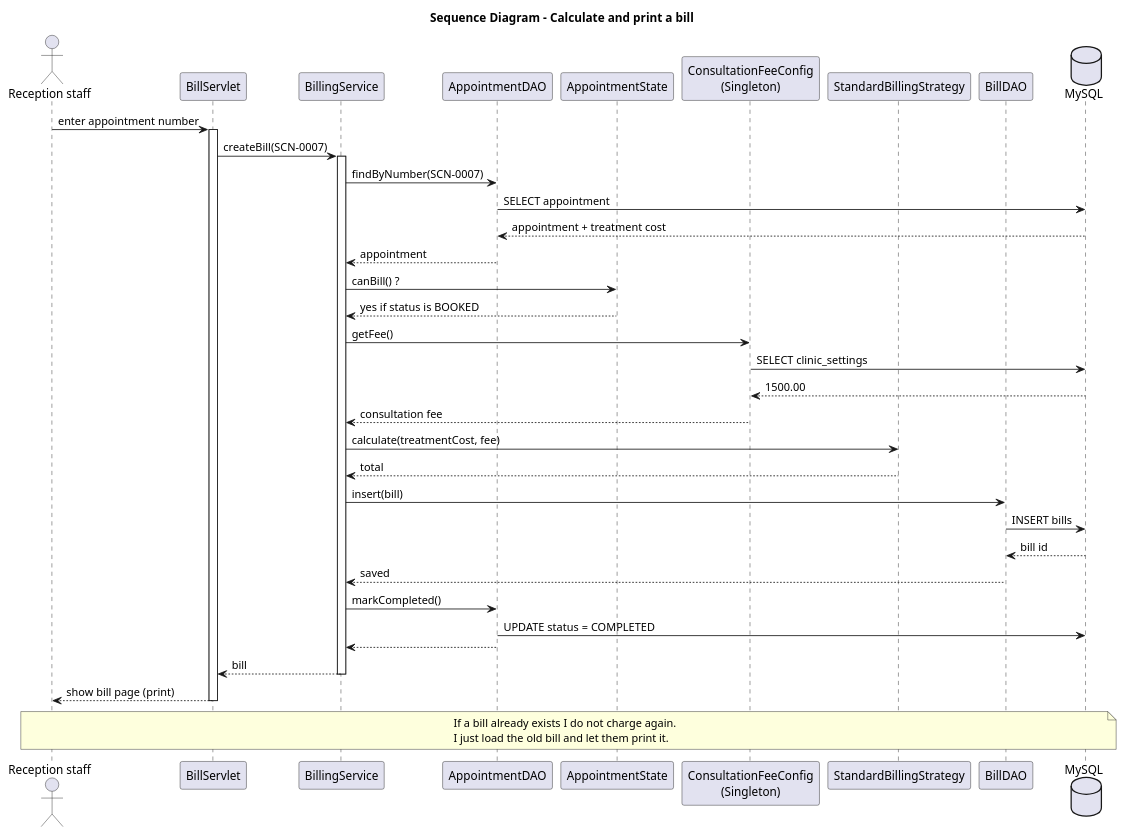
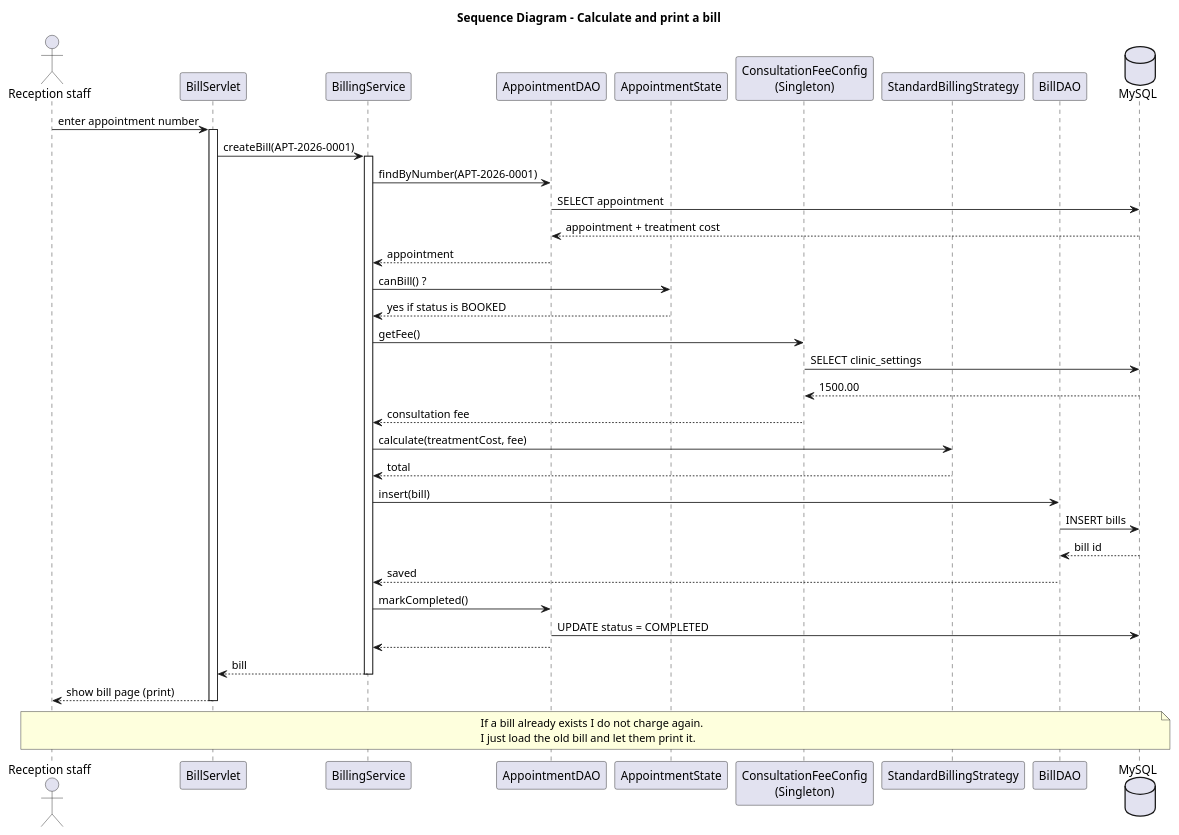
The diagram in docs/uml/04-sequence-bill.puml (Dayansank/sunrise-clinic), drawn with PlantUML before and after one commit. The commit also changed 43 other files, not shown here.

```diff
--- a/docs/uml/04-sequence-bill.puml
+++ b/docs/uml/04-sequence-bill.puml
@@ -1,54 +1,54 @@
 @startuml Sunrise_Sequence_Bill
 title Sequence Diagram - Calculate and print a bill
 
 actor "Reception staff" as Rec
 participant "BillServlet" as S
 participant "BillingService" as BS
 participant "AppointmentDAO" as ADAO
 participant "AppointmentState" as ST
 participant "ConsultationFeeConfig\n(Singleton)" as FEE
 participant "StandardBillingStrategy" as STR
 participant "BillDAO" as BDAO
 database "MySQL" as DB
 
 Rec -> S : enter appointment number
 activate S
-S -> BS : createBill(SCN-0007)
+S -> BS : createBill(APT-2026-0001)
 activate BS
 
-BS -> ADAO : findByNumber(SCN-0007)
+BS -> ADAO : findByNumber(APT-2026-0001)
 ADAO -> DB : SELECT appointment
 DB --> ADAO : appointment + treatment cost
 ADAO --> BS : appointment
 
 BS -> ST : canBill() ?
 ST --> BS : yes if status is BOOKED
 
 BS -> FEE : getFee()
 FEE -> DB : SELECT clinic_settings
 DB --> FEE : 1500.00
 FEE --> BS : consultation fee
 
 BS -> STR : calculate(treatmentCost, fee)
 STR --> BS : total
 
 BS -> BDAO : insert(bill)
 BDAO -> DB : INSERT bills
 DB --> BDAO : bill id
 BDAO --> BS : saved
 
 BS -> ADAO : markCompleted()
 ADAO -> DB : UPDATE status = COMPLETED
 ADAO --> BS
 
 BS --> S : bill
 deactivate BS
 S --> Rec : show bill page (print)
 deactivate S
 
 note over Rec, DB
   If a bill already exists I do not charge again.
   I just load the old bill and let them print it.
 end note
 
 @enduml
```
